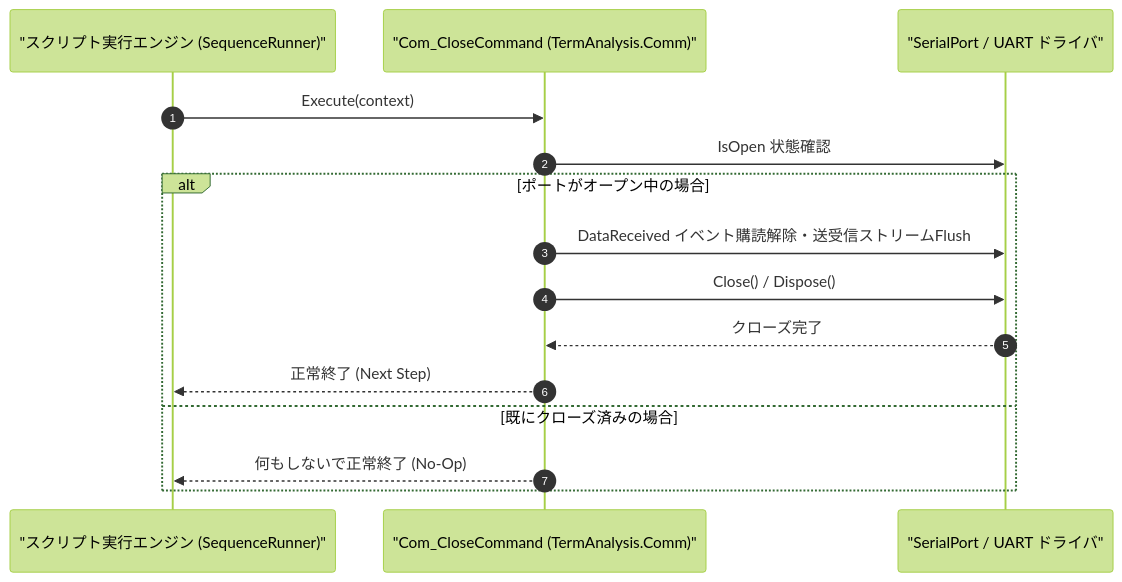
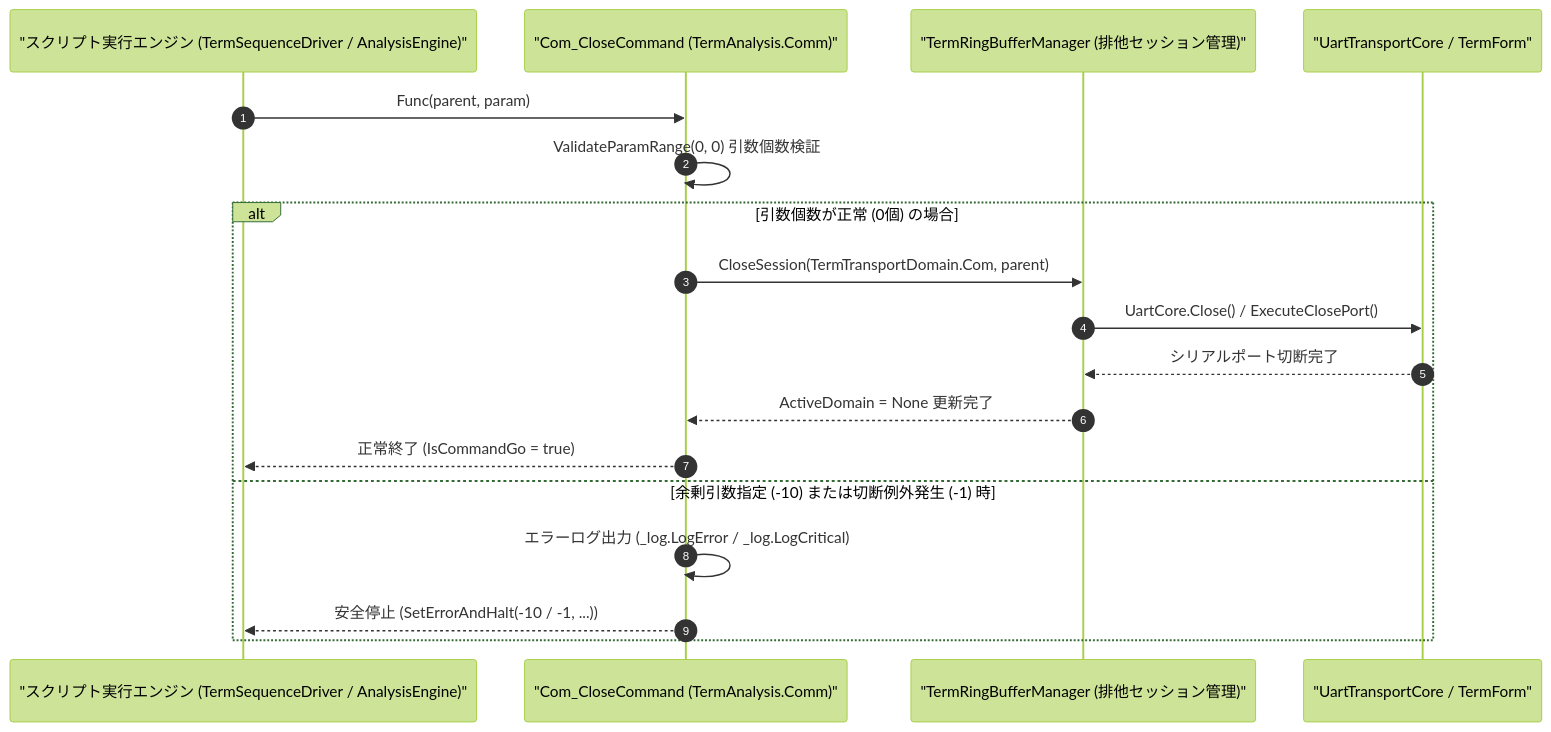
One commit to Monaca-App/TermAddIn_Comm changed the diagram in Manual/Comm/Com_Close.Md. Above: the diagram before and after it, drawn with Mermaid (forest theme). The commit also changed other lines of this file and 11 other files, not shown here.

````diff
--- a/Manual/Comm/Com_Close.Md
+++ b/Manual/Comm/Com_Close.Md
@@ -65,18 +66,21 @@
 ```mermaid
 sequenceDiagram
     autonumber
-    participant Script as "スクリプト実行エンジン (SequenceRunner)"
+    participant Script as "スクリプト実行エンジン (TermSequenceDriver / AnalysisEngine)"
     participant Cmd as "Com_CloseCommand (TermAnalysis.Comm)"
-    participant Port as "SerialPort / UART ドライバ"
+    participant Buf as "TermRingBufferManager (排他セッション管理)"
+    participant Port as "UartTransportCore / TermForm"
 
-    Script->>Cmd: Execute(context)
-    Cmd->>Port: IsOpen 状態確認
-    alt ポートがオープン中の場合
-        Cmd->>Port: DataReceived イベント購読解除・送受信ストリームFlush
-        Cmd->>Port: Close() / Dispose()
-        Port-->>Cmd: クローズ完了
-        Cmd-->>Script: 正常終了 (Next Step)
-    else 既にクローズ済みの場合
-        Cmd-->>Script: 何もしないで正常終了 (No-Op)
+    Script->>Cmd: Func(parent, param)
+    Cmd->>Cmd: ValidateParamRange(0, 0) 引数個数検証
+    alt 引数個数が正常 (0個) の場合
+        Cmd->>Buf: CloseSession(TermTransportDomain.Com, parent)
+        Buf->>Port: UartCore.Close() / ExecuteClosePort()
+        Port-->>Buf: シリアルポート切断完了
+        Buf-->>Cmd: ActiveDomain = None 更新完了
+        Cmd-->>Script: 正常終了 (IsCommandGo = true)
+    else 余剰引数指定 (-10) または切断例外発生 (-1) 時
+        Cmd->>Cmd: エラーログ出力 (_log.LogError / _log.LogCritical)
+        Cmd-->>Script: 安全停止 (SetErrorAndHalt(-10 / -1, ...))
     end
 ```
````
